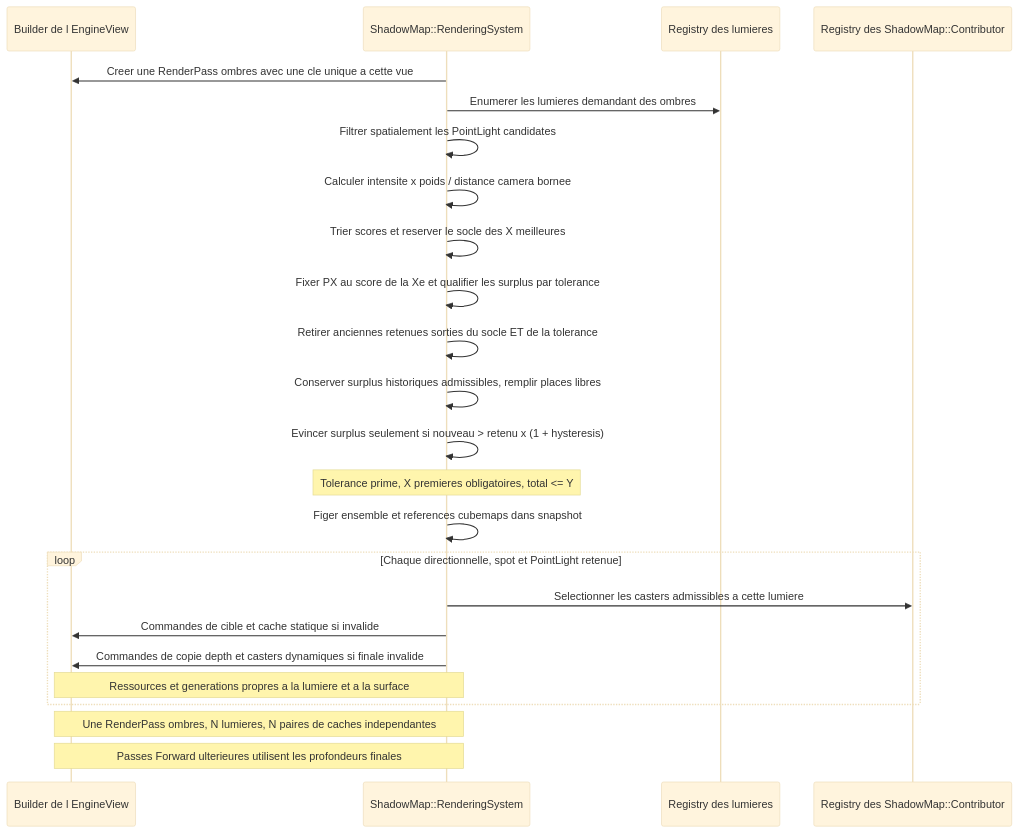
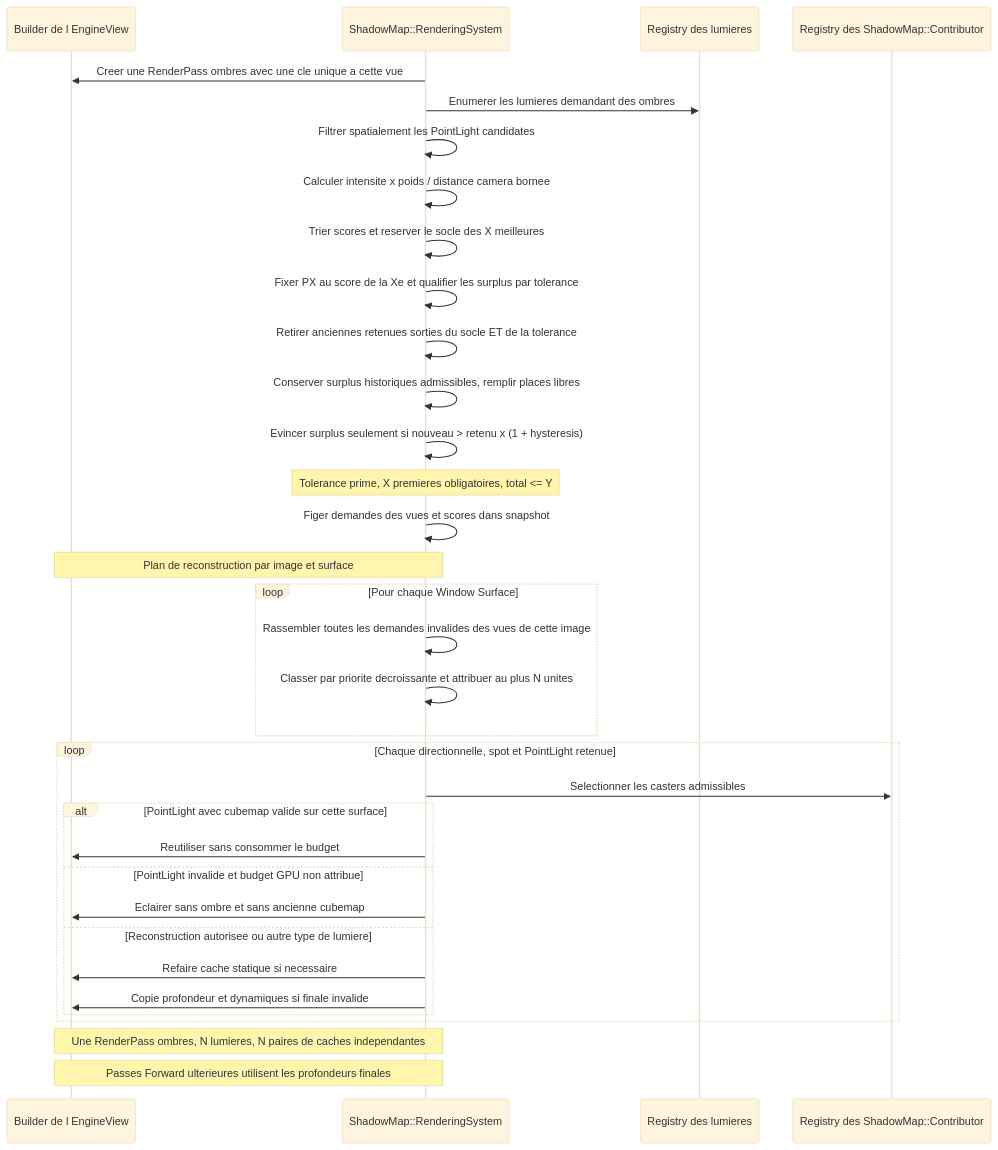
One commit to EreliaStudio/Sparkle changed the sixth of 18 diagrams in docs/voxel-engine-v0.1.4-specification.md. Above: the diagram before and after it, drawn with Mermaid (base theme). The commit also changed other lines of this file, not shown here.

Commit message:
docs(v0.1.4): illustrate per-surface image rebuild budget, priority and safe no-shadow fallback

````diff
--- a/docs/voxel-engine-v0.1.4-specification.md
+++ b/docs/voxel-engine-v0.1.4-specification.md
@@ -601,26 +601,36 @@
 ```mermaid
 sequenceDiagram
     participant V as Builder de l EngineView
     participant S as ShadowMap::RenderingSystem
     participant L as Registry des lumieres
     participant C as Registry des ShadowMap::Contributor
     S->>V: Creer une RenderPass ombres avec une cle unique a cette vue
     S->>L: Enumerer les lumieres demandant des ombres
     S->>S: Filtrer spatialement les PointLight candidates
     S->>S: Calculer intensite x poids / distance camera bornee
     S->>S: Trier scores et reserver le socle des X meilleures
     S->>S: Fixer PX au score de la Xe et qualifier les surplus par tolerance
     S->>S: Retirer anciennes retenues sorties du socle ET de la tolerance
     S->>S: Conserver surplus historiques admissibles, remplir places libres
     S->>S: Evincer surplus seulement si nouveau > retenu x (1 + hysteresis)
     Note over S: Tolerance prime, X premieres obligatoires, total <= Y
-    S->>S: Figer ensemble et references cubemaps dans snapshot
+    S->>S: Figer demandes des vues et scores dans snapshot
+    Note over S,V: Plan de reconstruction par image et surface
+    loop Pour chaque Window Surface
+        S->>S: Rassembler toutes les demandes invalides des vues de cette image
+        S->>S: Classer par priorite decroissante et attribuer au plus N unites
+    end
     loop Chaque directionnelle, spot et PointLight retenue
-        S->>C: Selectionner les casters admissibles a cette lumiere
-        S->>V: Commandes de cible et cache statique si invalide
-        S->>V: Commandes de copie depth et casters dynamiques si finale invalide
-        Note over S,V: Ressources et generations propres a la lumiere et a la surface
+        S->>C: Selectionner les casters admissibles
+        alt PointLight avec cubemap valide sur cette surface
+            S->>V: Reutiliser sans consommer le budget
+        else PointLight invalide et budget GPU non attribue
+            S->>V: Eclairer sans ombre et sans ancienne cubemap
+        else Reconstruction autorisee ou autre type de lumiere
+            S->>V: Refaire cache statique si necessaire
+            S->>V: Copie profondeur et dynamiques si finale invalide
+        end
     end
     Note over V,S: Une RenderPass ombres, N lumieres, N paires de caches independantes
     Note over V,S: Passes Forward ulterieures utilisent les profondeurs finales
 ```
````
